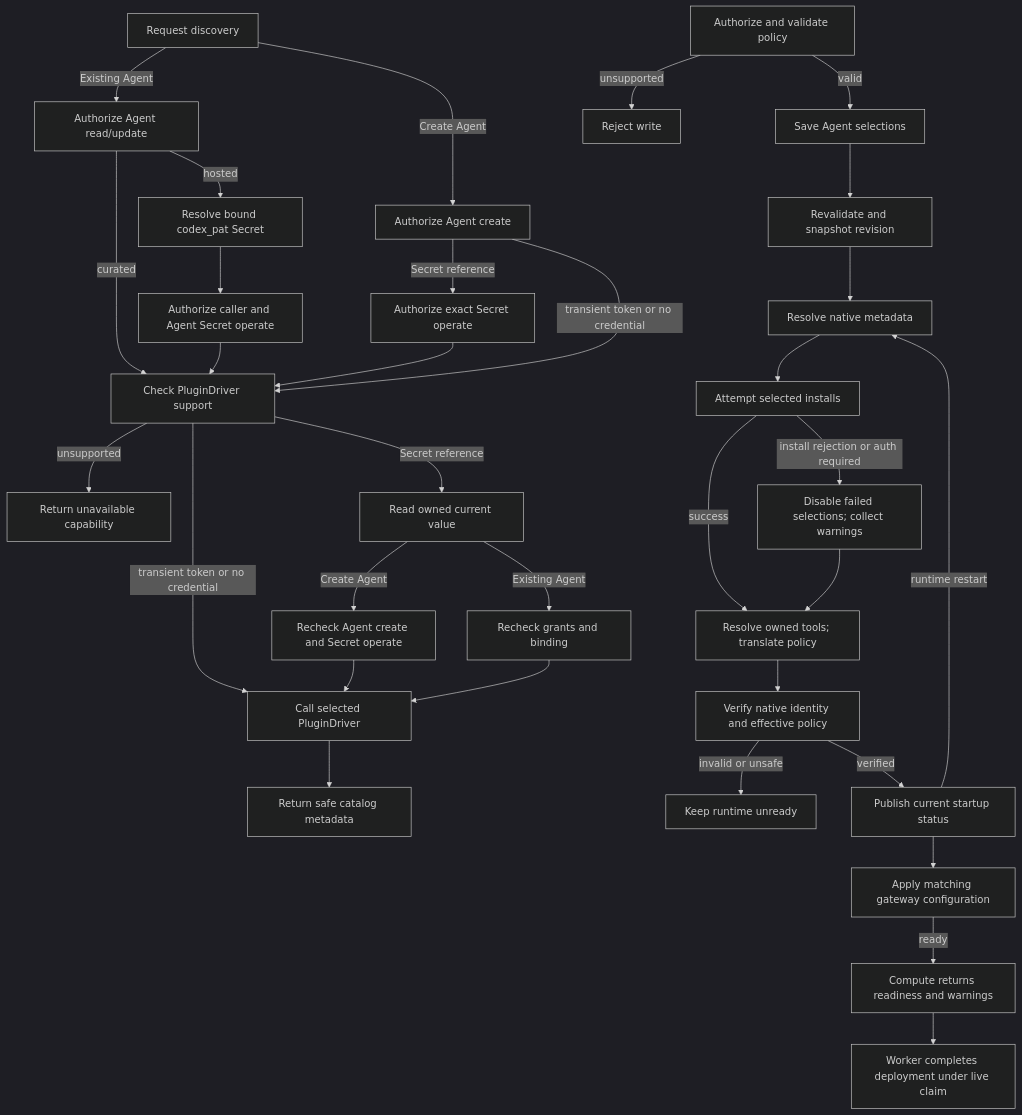
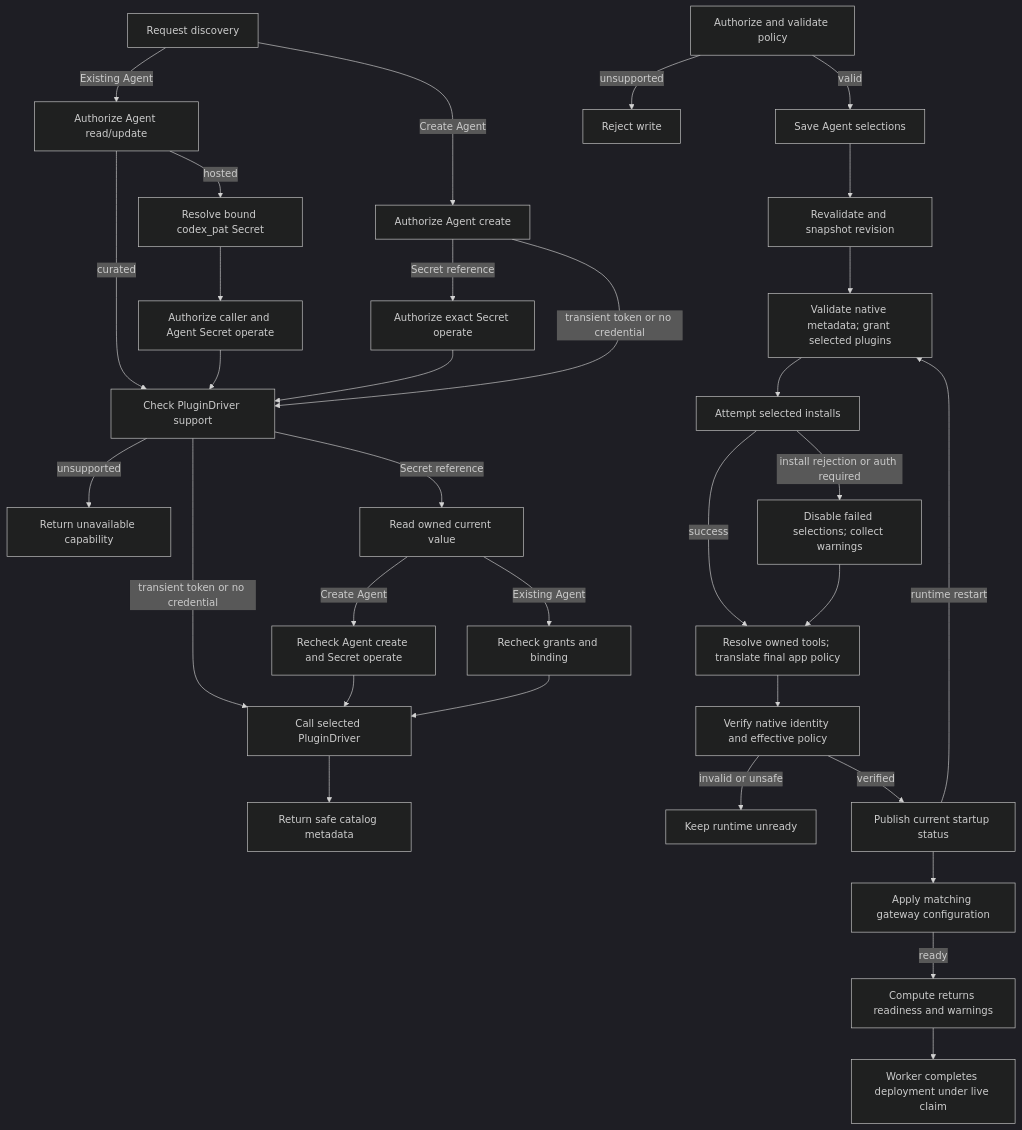
Before and after one commit to ericcaiwx-star/openclaw-enterprise: the diagram in docs/flows/agent-plugins.md, drawn with Mermaid (dark theme). The commit also changed other lines of this file and 26 other files, not shown here.

````diff
--- a/docs/flows/agent-plugins.md
+++ b/docs/flows/agent-plugins.md
@@ -30,35 +30,35 @@
 ```mermaid
 graph TD
   D0["Request discovery"] -->|Create Agent| D1["Authorize Agent create"]
   D0 -->|Existing Agent| E0["Authorize Agent read/update"]
   E0 -->|curated| D6
   E0 -->|hosted| E1["Resolve bound codex_pat Secret"]
   E1 --> E2["Authorize caller and Agent Secret operate"]
   E2 --> D6
   D1 -->|Secret reference| D2["Authorize exact Secret operate"]
   D2 --> D6["Check PluginDriver support"]
   D1 -->|transient token or no credential| D6
   D6 -->|unsupported| D7["Return unavailable capability"]
   D6 -->|Secret reference| D3["Read owned current value"]
   D6 -->|transient token or no credential| D4["Call selected PluginDriver"]
   D3 -->|Create Agent| E4["Recheck Agent create and Secret operate"]
   E4 --> D4
   D3 -->|Existing Agent| E3["Recheck grants and binding"]
   E3 --> D4
   D4 --> D5["Return safe catalog metadata"]
   A["Authorize and validate policy"] -->|valid| S["Save Agent selections"]
   A -->|unsupported| Y["Reject write"]
   S --> B["Revalidate and snapshot revision"]
-  B --> C["Resolve native metadata"]
+  B --> C["Validate native metadata; grant selected plugins"]
   C --> D["Attempt selected installs"]
   D -->|install rejection or auth required| E["Disable failed selections; collect warnings"]
-  D -->|success| T["Resolve owned tools; translate policy"]
+  D -->|success| T["Resolve owned tools; translate final app policy"]
   E --> T
   T --> F["Verify native identity and effective policy"]
   F -->|invalid or unsafe| X["Keep runtime unready"]
   F -->|verified| G["Publish current startup status"]
   G --> H["Apply matching gateway configuration"]
   H -->|ready| I["Compute returns readiness and warnings"]
   I --> J["Worker completes deployment under live claim"]
   G -->|runtime restart| C
 ```
````
